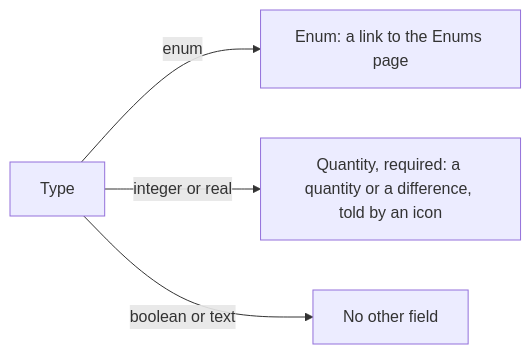
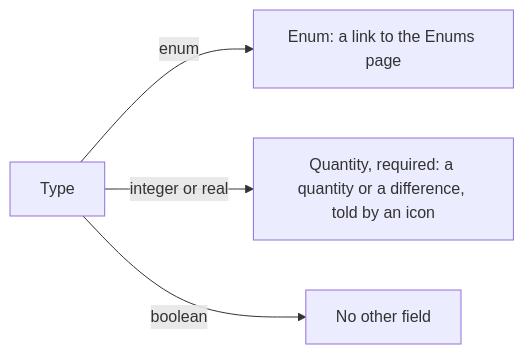
The sixth of 17 diagrams in screens/metadata.md (AlexandreGallais/synoptic-studio-spec), drawn with Mermaid before and after one commit. The commit also changed other lines of this file and 2 other files, not shown here.

````diff
--- a/screens/metadata.md
+++ b/screens/metadata.md
@@ -192,6 +192,6 @@
 ```mermaid
 flowchart LR
     T["Type"] -->|"enum"| E["Enum: a link to the Enums page"]
     T -->|"integer or real"| Q["Quantity, required: a quantity or a difference, told by an icon"]
-    T -->|"boolean or text"| N["No other field"]
+    T -->|"boolean"| N["No other field"]
 ```
````
